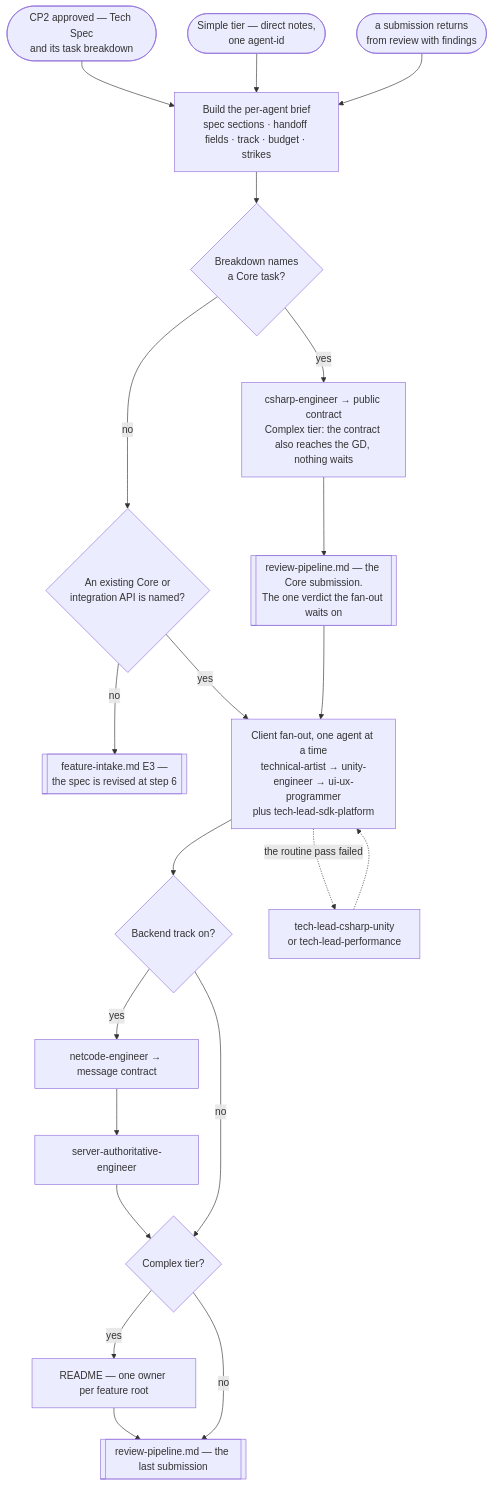
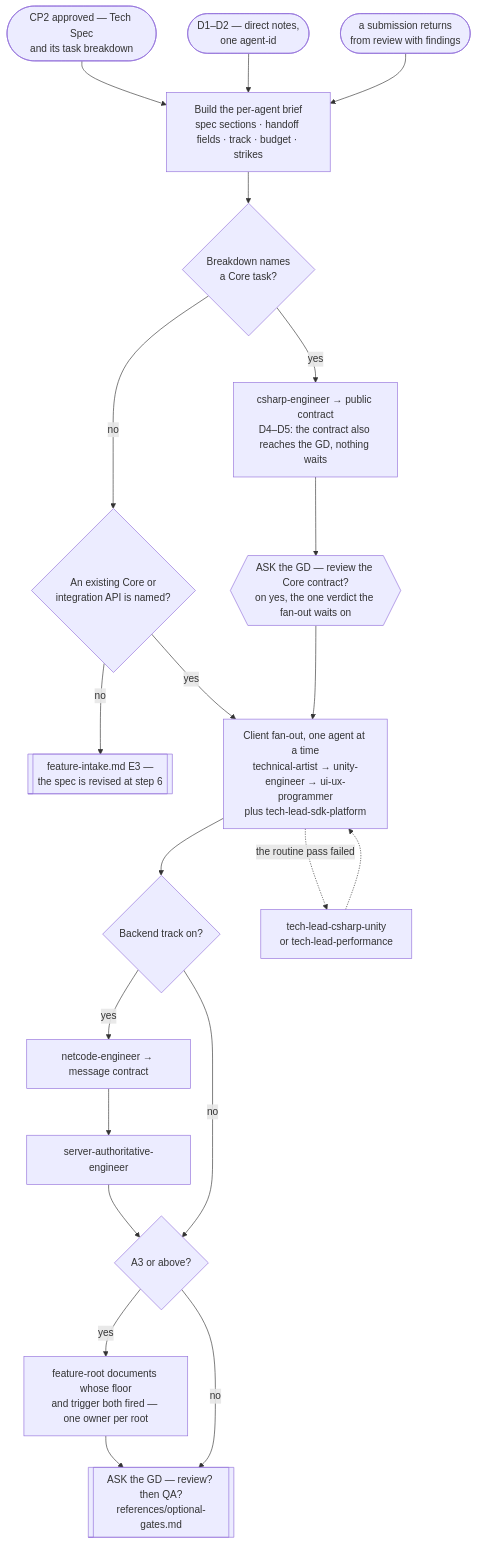
Before and after one commit to PhuNguyen182/AI-For-Game-Development: the diagram in .claude/workflows/feature-development.md, drawn with Mermaid. The commit also changed other lines of this file and 15 other files, not shown here.

````diff
--- a/.claude/workflows/feature-development.md
+++ b/.claude/workflows/feature-development.md
@@ -38,28 +49,28 @@
 ```mermaid
 flowchart TD
     E1([CP2 approved — Tech Spec<br/>and its task breakdown]) --> Brief
-    E2([Simple tier — direct notes,<br/>one agent-id]) --> Brief
+    E2([D1–D2 — direct notes,<br/>one agent-id]) --> Brief
     E3([a submission returns<br/>from review with findings]) --> Brief
 
     Brief[Build the per-agent brief<br/>spec sections · handoff fields · track · budget · strikes] --> Core{Breakdown names<br/>a Core task?}
     Core -->|no| Named{An existing Core or<br/>integration API is named?}
     Named -->|no| Gap[[feature-intake.md E3 —<br/>the spec is revised at step 6]]
-    Core -->|yes| CS[csharp-engineer → public contract<br/>Complex tier: the contract also reaches the GD, nothing waits]
+    Core -->|yes| CS[csharp-engineer → public contract<br/>D4–D5: the contract also reaches the GD, nothing waits]
 
-    CS --> CoreRev[[review-pipeline.md — the Core submission.<br/>The one verdict the fan-out waits on]]
+    CS --> CoreRev{{ASK the GD — review the Core contract?<br/>on yes, the one verdict the fan-out waits on}}
     CoreRev --> Fan
     Named -->|yes| Fan
 
     Fan[Client fan-out, one agent at a time<br/>technical-artist → unity-engineer → ui-ux-programmer<br/>plus tech-lead-sdk-platform] --> Track{Backend track on?}
     Fan -.->|the routine pass failed| TL[tech-lead-csharp-unity<br/>or tech-lead-performance]
     TL -.-> Fan
 
     Track -->|yes| Net[netcode-engineer → message contract]
     Track -->|no| Doc
     Net --> Auth[server-authoritative-engineer]
     Auth --> Doc
 
-    Doc{Complex tier?} -->|yes| RM[README — one owner per feature root]
+    Doc{A3 or above?} -->|yes| RM[feature-root documents whose floor<br/>and trigger both fired — one owner per root]
     Doc -->|no| Rev
-    RM --> Rev[[review-pipeline.md — the last submission]]
+    RM --> Rev[[ASK the GD — review? then QA?<br/>references/optional-gates.md]]
 ```
````
